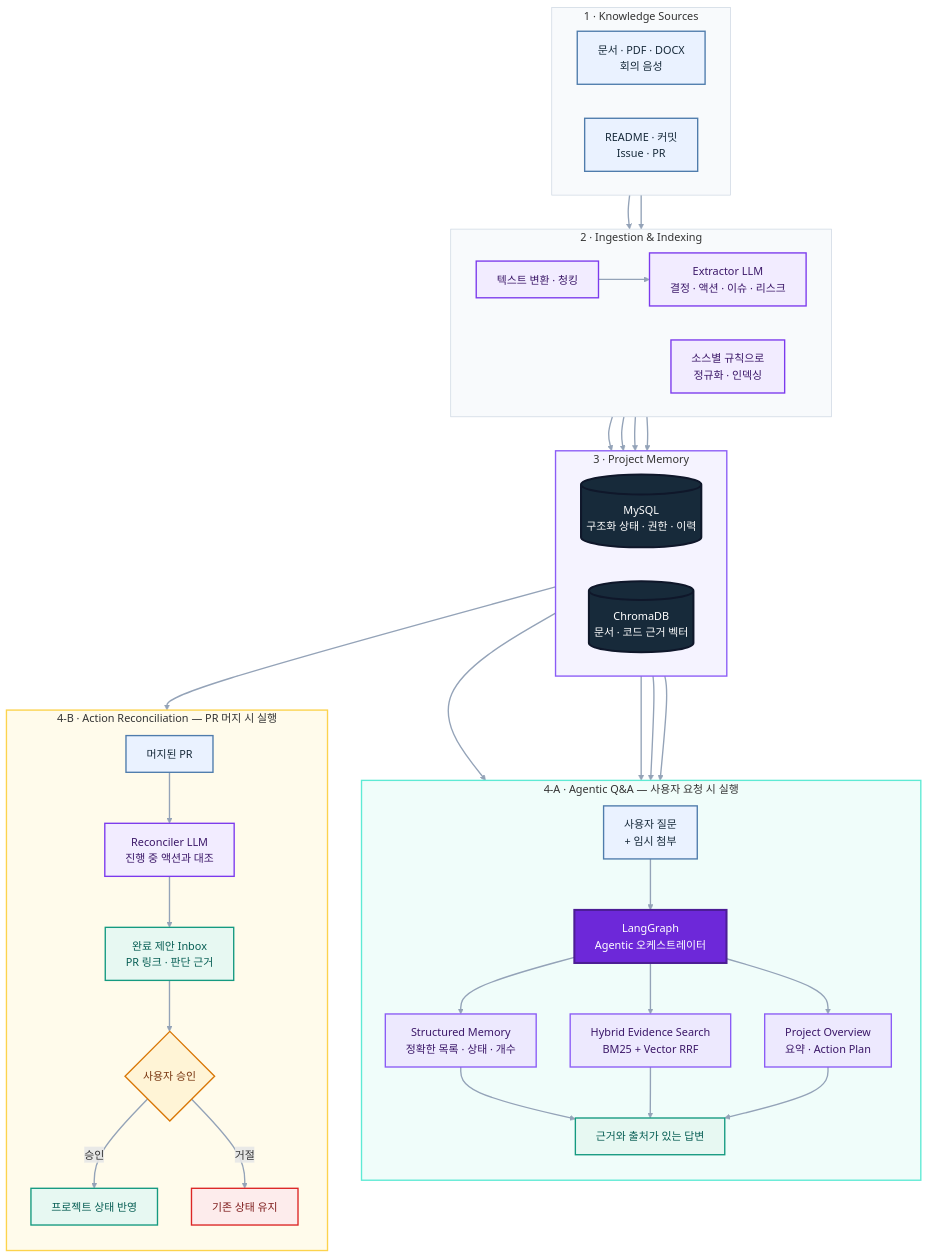
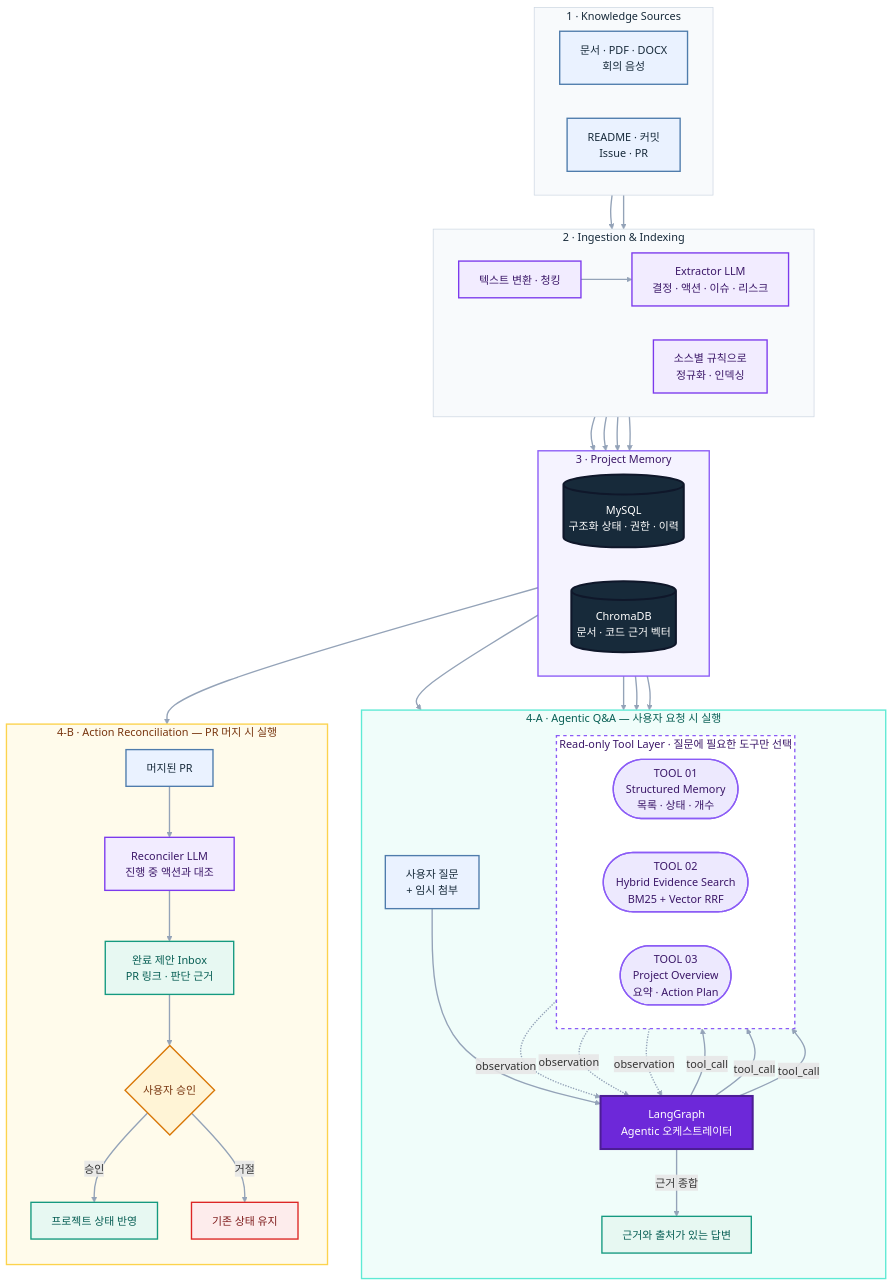
The second of 2 diagrams in README.md (SKNETWORKS-FAMILY-AICAMP/SKN30-4th-1Team), drawn with Mermaid before and after one commit.

Commit message:
docs: clarify agent tool-call architecture

````diff
--- a/README.md
+++ b/README.md
@@ -147,16 +147,23 @@
         direction TB
         QUESTION["사용자 질문<br/>+ 임시 첨부"]
         AGENT["LangGraph<br/>Agentic 오케스트레이터"]
-        SQL_TOOL["Structured Memory<br/>정확한 목록 · 상태 · 개수"]
-        SEARCH_TOOL["Hybrid Evidence Search<br/>BM25 + Vector RRF"]
-        OVERVIEW_TOOL["Project Overview<br/>요약 · Action Plan"]
         ANSWER["근거와 출처가 있는 답변"]
 
+        subgraph ToolLayer["Read-only Tool Layer · 질문에 필요한 도구만 선택"]
+            direction LR
+            SQL_TOOL(["TOOL 01<br/>Structured Memory<br/>목록 · 상태 · 개수"])
+            SEARCH_TOOL(["TOOL 02<br/>Hybrid Evidence Search<br/>BM25 + Vector RRF"])
+            OVERVIEW_TOOL(["TOOL 03<br/>Project Overview<br/>요약 · Action Plan"])
+        end
+
         QUESTION --> AGENT
-        AGENT --> SQL_TOOL & SEARCH_TOOL & OVERVIEW_TOOL
-        SQL_TOOL --> ANSWER
-        SEARCH_TOOL --> ANSWER
-        OVERVIEW_TOOL --> ANSWER
+        AGENT -->|"tool_call"| SQL_TOOL
+        AGENT -->|"tool_call"| SEARCH_TOOL
+        AGENT -->|"tool_call"| OVERVIEW_TOOL
+        SQL_TOOL -. "observation" .-> AGENT
+        SEARCH_TOOL -. "observation" .-> AGENT
+        OVERVIEW_TOOL -. "observation" .-> AGENT
+        AGENT -->|"근거 종합"| ANSWER
     end
 
     MYSQL --> SQL_TOOL & SEARCH_TOOL & OVERVIEW_TOOL
@@ -196,10 +203,11 @@
     class APPROVAL approval
     class KEEP reject
 
-    style Inputs fill:#F8FAFC,stroke:#CBD5E1,stroke-width:1px
-    style Ingestion fill:#F8FAFC,stroke:#CBD5E1,stroke-width:1px
-    style Storage fill:#F5F3FF,stroke:#8B5CF6,stroke-width:2px
-    style QAFlow fill:#F0FDFA,stroke:#5EEAD4,stroke-width:2px
-    style ReconcileFlow fill:#FFFBEB,stroke:#FCD34D,stroke-width:2px
+    style Inputs fill:#F8FAFC,stroke:#CBD5E1,color:#172A3A,stroke-width:1px
+    style Ingestion fill:#F8FAFC,stroke:#CBD5E1,color:#172A3A,stroke-width:1px
+    style Storage fill:#F5F3FF,stroke:#8B5CF6,color:#3B1768,stroke-width:2px
+    style QAFlow fill:#F0FDFA,stroke:#5EEAD4,color:#075E54,stroke-width:2px
+    style ToolLayer fill:#FFFFFF,stroke:#8B5CF6,color:#3B1768,stroke-width:2px,stroke-dasharray:5 5
+    style ReconcileFlow fill:#FFFBEB,stroke:#FCD34D,color:#78350F,stroke-width:2px
     linkStyle default stroke:#94A3B8,stroke-width:2px
 ```
````
